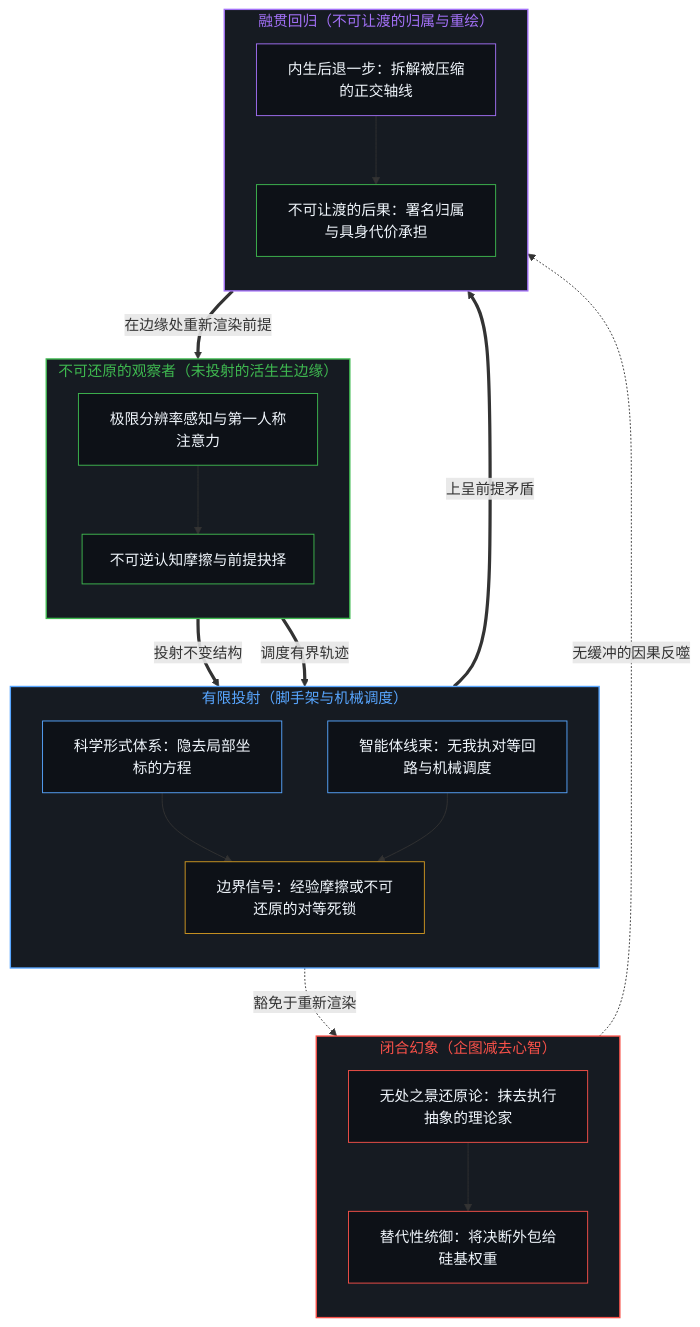
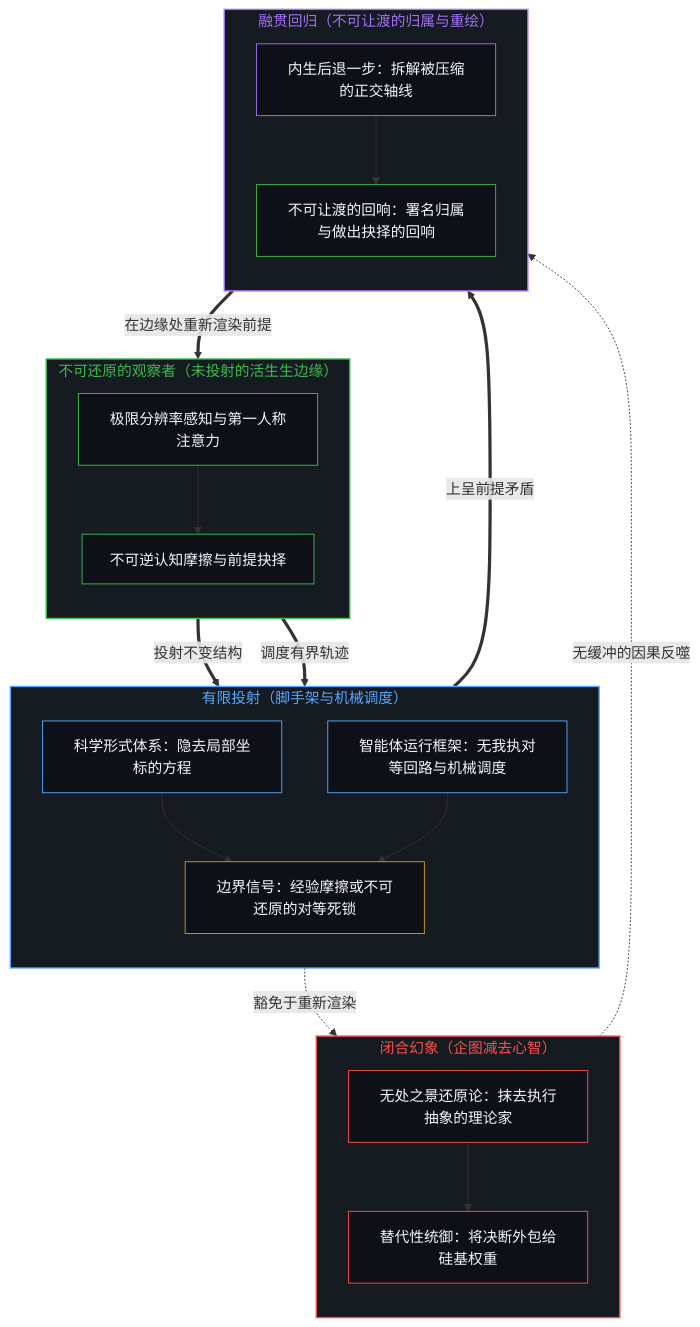
The first of 2 diagrams in content/posts/the-irreducible-observer.md (powerpig99/not-a-toe), drawn with Mermaid before and after one commit. The commit also changed other lines of this file and 13 other files, not shown here.

````diff
--- a/content/posts/the-irreducible-observer.md
+++ b/content/posts/the-irreducible-observer.md
@@ -43,48 +43,48 @@
 ```mermaid
 flowchart TD
     subgraph S_Origin ["不可还原的观察者（未投射的活生生边缘）"]
         direction TB
         style S_Origin fill:#161b22,stroke:#3fb950,stroke-width:1.5px,color:#3fb950
         O_Sense["极限分辨率感知与第一人称注意力"]
         O_Cut["不可逆认知摩擦与前提抉择"]
         style O_Sense fill:#0d1117,stroke:#3fb950,stroke-width:1px,color:#f0f6fc
         style O_Cut fill:#0d1117,stroke:#3fb950,stroke-width:1px,color:#f0f6fc
         O_Sense --> O_Cut
     end
     subgraph S_Proj ["有限投射（脚手架与机械调度）"]
         direction TB
         style S_Proj fill:#161b22,stroke:#58a6ff,stroke-width:1.5px,color:#58a6ff
         P_Theory["科学形式体系：隐去局部坐标的方程"]
-        P_Agent["智能体线束：无我执对等回路与机械调度"]
+        P_Agent["智能体运行框架：无我执对等回路与机械调度"]
         P_Signal["边界信号：经验摩擦或不可还原的对等死锁"]
         style P_Theory fill:#0d1117,stroke:#58a6ff,stroke-width:1px,color:#f0f6fc
         style P_Agent fill:#0d1117,stroke:#58a6ff,stroke-width:1px,color:#f0f6fc
         style P_Signal fill:#0d1117,stroke:#d29922,stroke-width:1px,color:#f0f6fc
         P_Theory --> P_Signal
         P_Agent --> P_Signal
     end
     subgraph S_Inversion ["闭合幻象（企图减去心智）"]
         direction TB
         style S_Inversion fill:#161b22,stroke:#f85149,stroke-width:1.5px,color:#f85149
         I_Nowhere["无处之景还原论：抹去执行抽象的理论家"]
         I_Oracle["替代性统御：将决断外包给硅基权重"]
         style I_Nowhere fill:#0d1117,stroke:#f85149,stroke-width:1px,color:#f0f6fc
         style I_Oracle fill:#0d1117,stroke:#f85149,stroke-width:1px,color:#f0f6fc
         I_Nowhere --> I_Oracle
     end
     subgraph S_Return ["融贯回归（不可让渡的归属与重绘）"]
         direction TB
         style S_Return fill:#161b22,stroke:#a371f7,stroke-width:1.5px,color:#a371f7
         R_Step["内生后退一步：拆解被压缩的正交轴线"]
-        R_Claim["不可让渡的后果：署名归属与具身代价承担"]
+        R_Claim["不可让渡的回响：署名归属与做出抉择的回响"]
         style R_Step fill:#0d1117,stroke:#a371f7,stroke-width:1px,color:#f0f6fc
         style R_Claim fill:#0d1117,stroke:#3fb950,stroke-width:1px,color:#f0f6fc
         R_Step --> R_Claim
     end
     O_Cut ==>|"投射不变结构"| P_Theory
     O_Cut ==>|"调度有界轨迹"| P_Agent
     P_Signal -.->|"豁免于重新渲染"| I_Nowhere
     I_Oracle -.->|"无缓冲的因果反噬"| R_Claim
     P_Signal ==>|"上呈前提矛盾"| R_Step
     R_Claim ==>|"在边缘处重新渲染前提"| O_Sense
 ```
````
